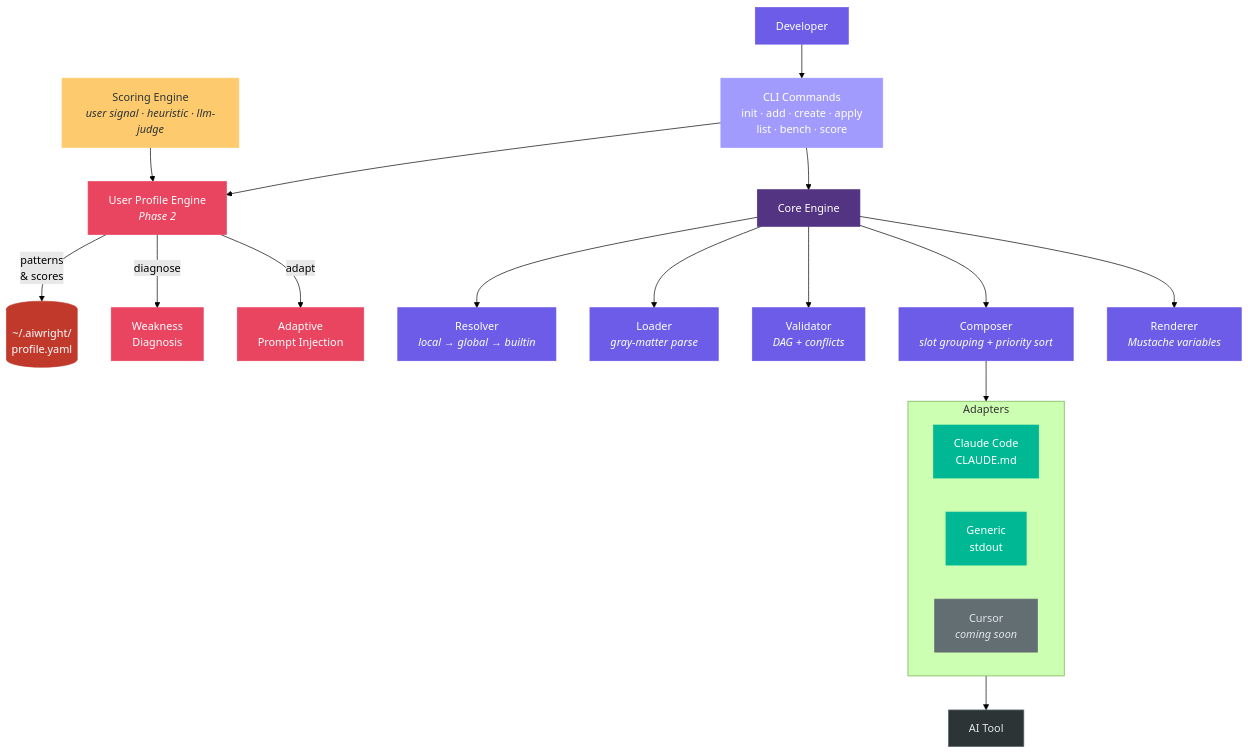
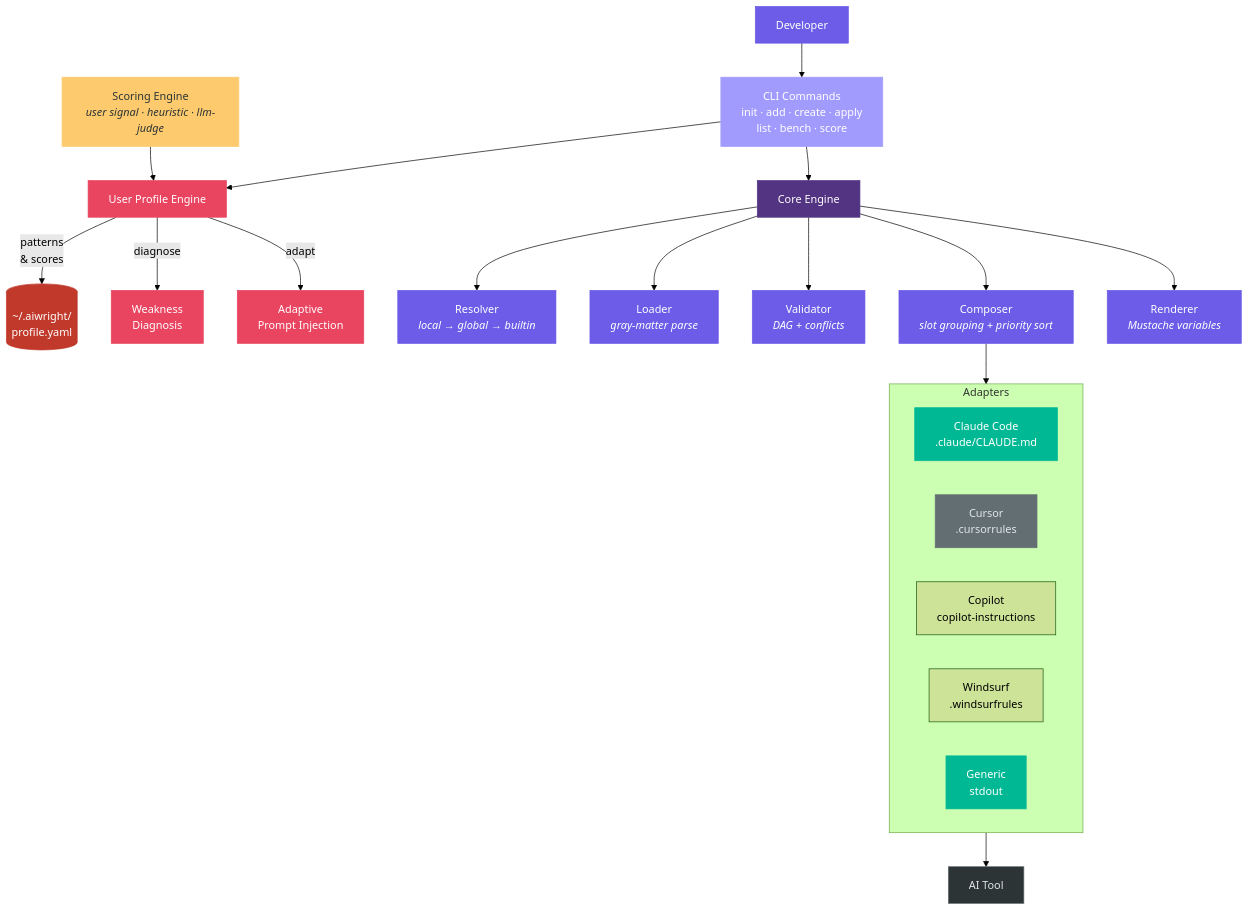
The third of 5 diagrams in README.md (tomtomjskim/aiwright), drawn with Mermaid (forest theme) before and after one commit. The commit also changed other lines of this file and 3 other files, not shown here.

````diff
--- a/README.md
+++ b/README.md
@@ -159,46 +167,48 @@
 ```mermaid
 graph TB
     User["Developer"] --> CLI["CLI Commands<br/>init · add · create · apply<br/>list · bench · score"]
 
-    CLI --> Profile["User Profile Engine<br/><i>Phase 2</i>"]
+    CLI --> Profile["User Profile Engine"]
     CLI --> Core["Core Engine"]
 
     Profile --> |"patterns<br/>& scores"| ProfileDB[("~/.aiwright/<br/>profile.yaml")]
     Profile --> |"diagnose"| Diagnose["Weakness<br/>Diagnosis"]
     Profile --> |"adapt"| Adapt["Adaptive<br/>Prompt Injection"]
 
     Core --> Resolve["Resolver<br/><i>local → global → builtin</i>"]
     Core --> Load["Loader<br/><i>gray-matter parse</i>"]
     Core --> Validate["Validator<br/><i>DAG + conflicts</i>"]
     Core --> Compose["Composer<br/><i>slot grouping + priority sort</i>"]
     Core --> Render["Renderer<br/><i>Mustache variables</i>"]
 
     Compose --> Adapter
 
     subgraph Adapter["Adapters"]
-        CC["Claude Code<br/>CLAUDE.md"]
+        CC["Claude Code<br/>.claude/CLAUDE.md"]
+        CU["Cursor<br/>.cursorrules"]
+        CP["Copilot<br/>copilot-instructions"]
+        WS["Windsurf<br/>.windsurfrules"]
         GN["Generic<br/>stdout"]
-        CU["Cursor<br/><i>coming soon</i>"]
     end
 
     Adapter --> Target["AI Tool"]
     Scoring["Scoring Engine<br/><i>user signal · heuristic · llm-judge</i>"] --> Profile
 
     style User fill:#6c5ce7,stroke:#6c5ce7,color:#fff
     style CLI fill:#a29bfe,stroke:#a29bfe,color:#fff
     style Profile fill:#e94560,stroke:#e94560,color:#fff
     style ProfileDB fill:#c0392b,stroke:#c0392b,color:#fff
     style Diagnose fill:#e94560,stroke:#e94560,color:#fff
     style Adapt fill:#e94560,stroke:#e94560,color:#fff
     style Core fill:#533483,stroke:#533483,color:#fff
     style Resolve fill:#6c5ce7,stroke:#6c5ce7,color:#fff
     style Load fill:#6c5ce7,stroke:#6c5ce7,color:#fff
     style Validate fill:#6c5ce7,stroke:#6c5ce7,color:#fff
     style Compose fill:#6c5ce7,stroke:#6c5ce7,color:#fff
     style Render fill:#6c5ce7,stroke:#6c5ce7,color:#fff
     style CC fill:#00b894,stroke:#00b894,color:#fff
     style GN fill:#00b894,stroke:#00b894,color:#fff
     style CU fill:#636e72,stroke:#636e72,color:#dfe6e9
     style Target fill:#2d3436,stroke:#636e72,color:#dfe6e9
     style Scoring fill:#fdcb6e,stroke:#fdcb6e,color:#2d3436
 ```
````
